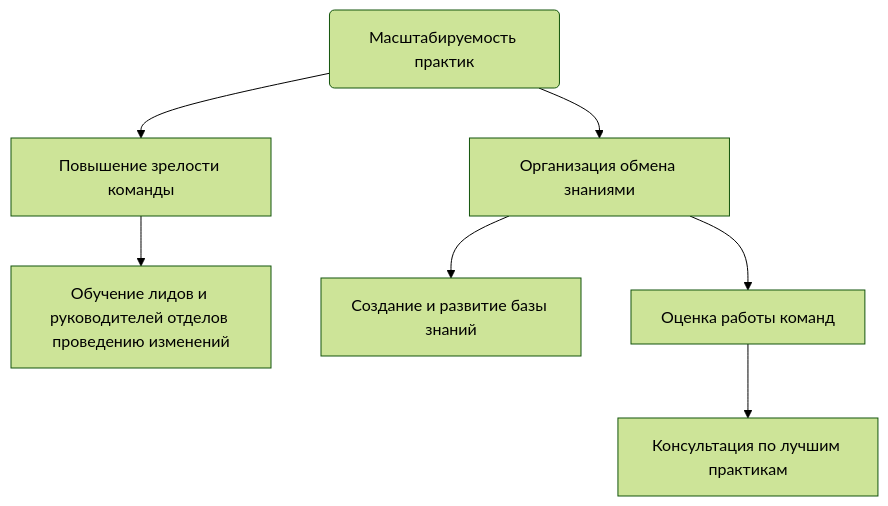
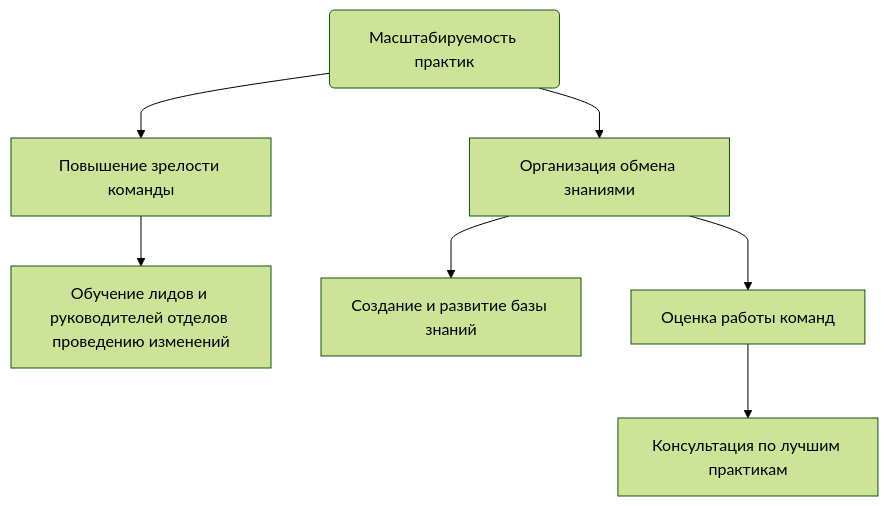
Before and after one commit to Tinkoff/dm-knowledgebase: the third of 3 diagrams in docs/profession/about.md, drawn with Mermaid (forest theme). The commit also changed other lines of this file, not shown here.

Commit message:
style: Новый дизайн v1.1

````diff
--- a/docs/profession/about.md
+++ b/docs/profession/about.md
@@ -51,7 +52,8 @@
 ```mermaid
 graph TD
+%%{ init: { 'flowchart': { 'curve': 'monotoneY' }}}%%
   A(Масштабируемость практик) --> B[Повышение зрелости команды] & C[Организация обмена знаниями]
   B --> B1[Обучение лидов и руководителей отделов <br>проведению изменений]
   C --> D[Создание и развитие базы знаний] & E[Оценка работы команд]
   E --> E1[Консультация по лучшим практикам]
 ```
````
